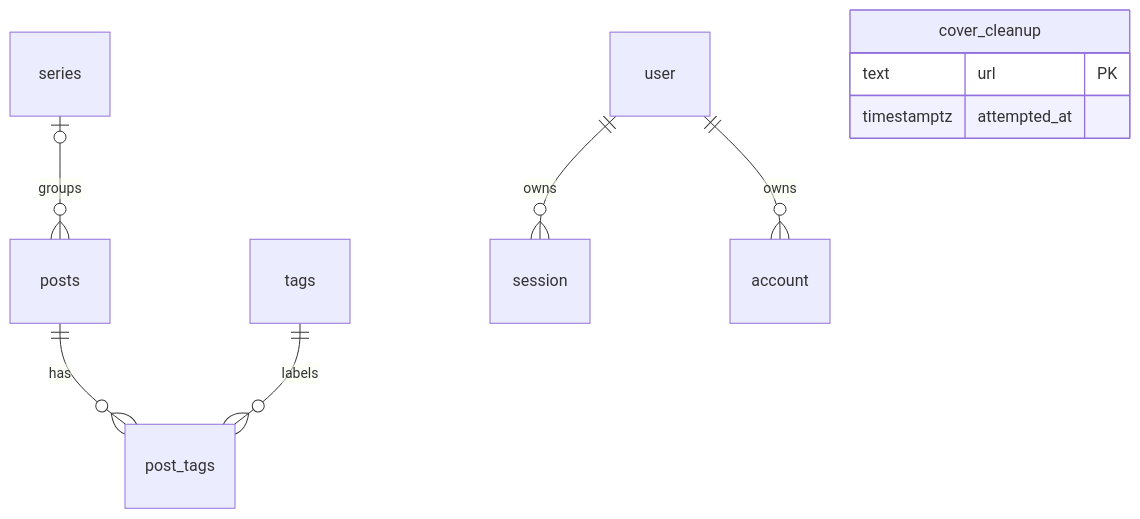
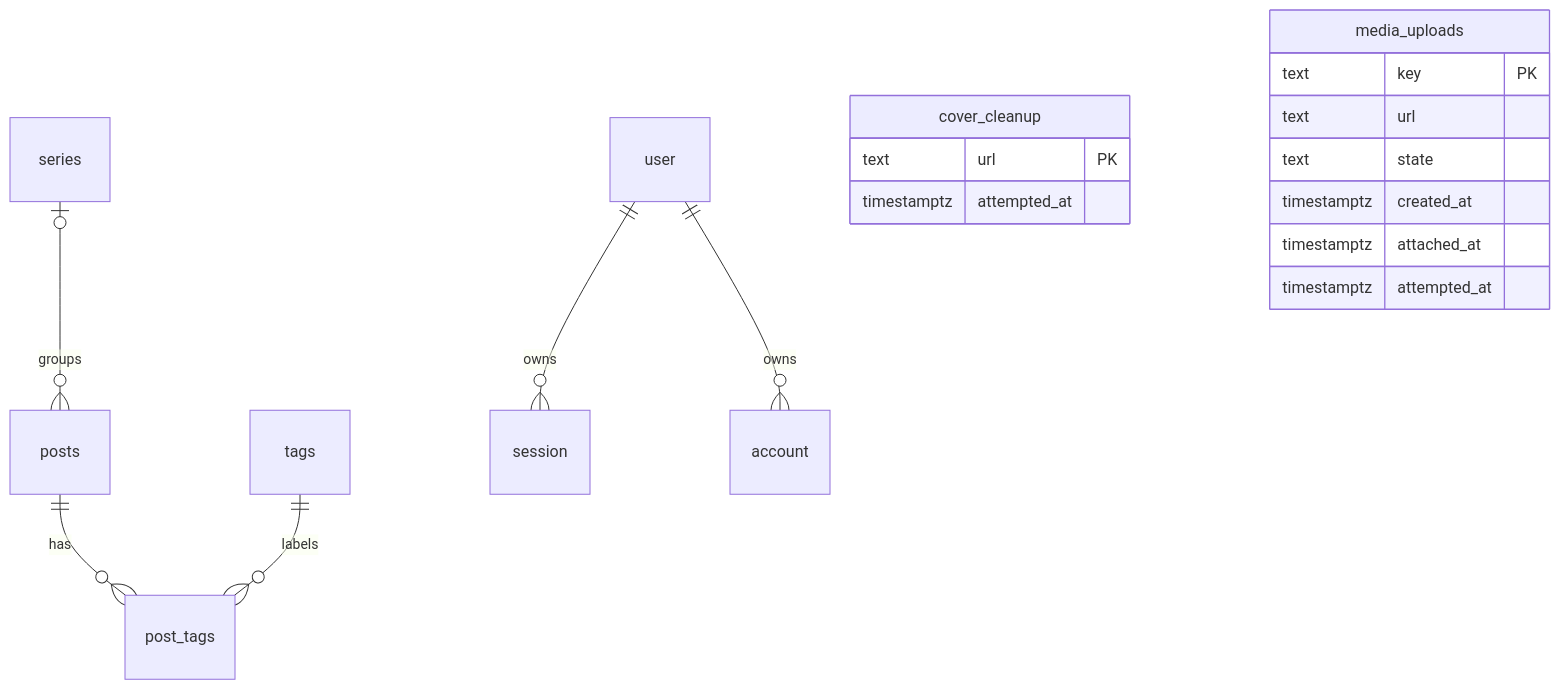
The diagram in docs/database-structure.md (indraxyz/indrax.uk), drawn with Mermaid before and after one commit. The commit also changed other lines of this file and 31 other files, not shown here.

Commit message:
feat: track pending media uploads and clean abandoned images

````diff
--- a/docs/database-structure.md
+++ b/docs/database-structure.md
@@ -10,12 +10,20 @@
 ```mermaid
 erDiagram
   series o|--o{ posts : groups
   posts ||--o{ post_tags : has
   tags ||--o{ post_tags : labels
   user ||--o{ session : owns
   user ||--o{ account : owns
   cover_cleanup {
     text url PK
     timestamptz attempted_at
   }
+  media_uploads {
+    text key PK
+    text url
+    text state
+    timestamptz created_at
+    timestamptz attached_at
+    timestamptz attempted_at
+  }
 ```
````
